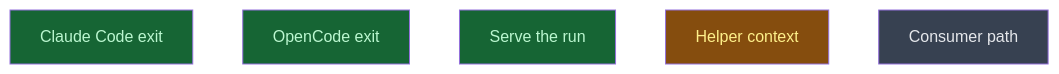
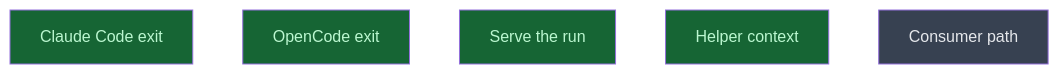
The diagram in __roadmap__/run_context/readers/README.md (CrackingShells/Candler), drawn with Mermaid before and after one commit. The commit also changed other lines of this file, not shown here.

Commit message:
rdm(evaluator-helper): close the stored run's parts in the helper

````diff
--- a/__roadmap__/run_context/readers/README.md
+++ b/__roadmap__/run_context/readers/README.md
@@ -17,13 +17,13 @@
 ```mermaid
 graph TD
     cc_reader_exit[Claude Code exit]:::done
     oc_reader_exit[OpenCode exit]:::done
     serve_context[Serve the run]:::done
-    helper_context[Helper context]:::inprogress
+    helper_context[Helper context]:::done
     e2e[Consumer path]:::planned
     classDef done       fill:#166534,color:#bbf7d0
     classDef inprogress fill:#854d0e,color:#fef08a
     classDef planned    fill:#374151,color:#e5e7eb
     classDef amendment  fill:#1e3a5f,color:#bfdbfe
     classDef blocked    fill:#7f1d1d,color:#fecaca
 ```
````
